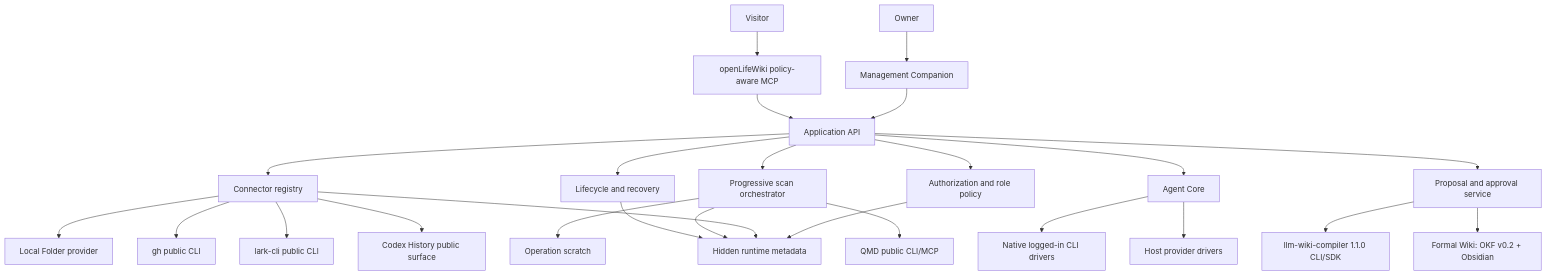
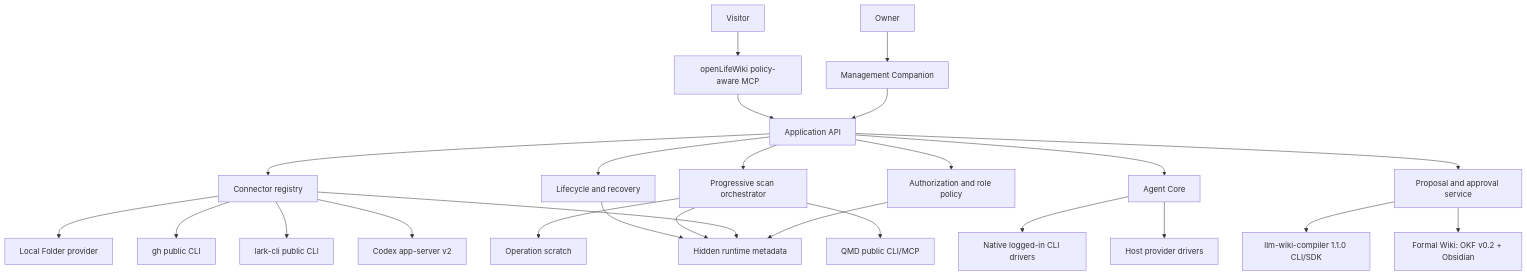
Before and after one commit to MetaInFLow/CoWikiHarness: the first of 3 diagrams in docs/design/active/design_doc-v1-progressive-scan-and-wiki.md, drawn with Mermaid. The commit also changed other lines of this file and 3 other files, not shown here.

````diff
--- a/docs/design/active/design_doc-v1-progressive-scan-and-wiki.md
+++ b/docs/design/active/design_doc-v1-progressive-scan-and-wiki.md
@@ -48,31 +48,31 @@
 ```mermaid
 flowchart TB
     O["Owner"] --> GUI["Management Companion"]
     V["Visitor"] --> MCP["openLifeWiki policy-aware MCP"]
     GUI --> API["Application API"]
     MCP --> API
 
     API --> AUTH["Authorization and role policy"]
     API --> REG["Connector registry"]
     API --> SCAN["Progressive scan orchestrator"]
     API --> AGENT["Agent Core"]
     API --> PROP["Proposal and approval service"]
     API --> LIFE["Lifecycle and recovery"]
 
     REG --> LF["Local Folder provider"]
     REG --> GH["gh public CLI"]
     REG --> LARK["lark-cli public CLI"]
-    REG --> CH["Codex History public surface"]
+    REG --> CH["Codex app-server v2"]
 
     SCAN --> SCRATCH["Operation scratch"]
     SCAN --> QMD["QMD public CLI/MCP"]
     AGENT --> NATIVE["Native logged-in CLI drivers"]
     AGENT --> HOSTED["Host provider drivers"]
     PROP --> LLMWIKI["llm-wiki-compiler 1.1.0 CLI/SDK"]
     PROP --> WIKI["Formal Wiki: OKF v0.2 + Obsidian"]
 
     AUTH --> STATE["Hidden runtime metadata"]
     REG --> STATE
     SCAN --> STATE
     LIFE --> STATE
 ```
````
